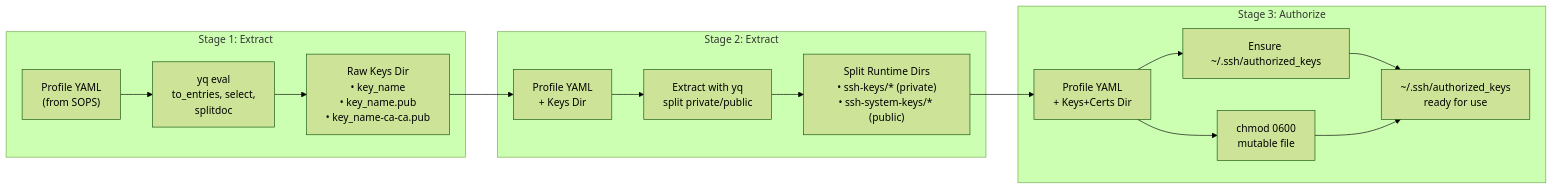
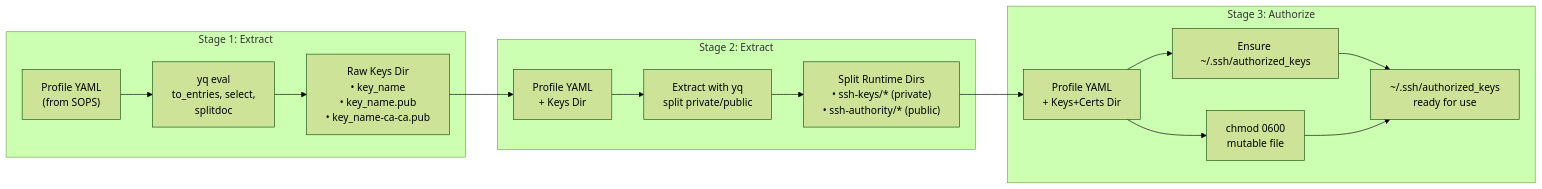
Before and after one commit to seedmatic/ndh: the second of 7 diagrams in docs/ssh-keys-diagrams.adoc, drawn with Mermaid (forest theme). The commit also changed other lines of this file and 38 other files, not shown here.

```diff
--- a/docs/ssh-keys-diagrams.adoc
+++ b/docs/ssh-keys-diagrams.adoc
@@ -65,29 +65,29 @@
 [mermaid]
 ----
 graph LR
     subgraph "Stage 1: Extract"
         input1["Profile YAML<br/>(from SOPS)"]
         yq1["yq eval<br/>to_entries, select,<br/>splitdoc"]
         output1["Raw Keys Dir<br/>• key_name<br/>• key_name.pub<br/>• key_name-ca-ca.pub"]
     end
     
     subgraph "Stage 2: Extract"
         input2["Profile YAML<br/>+ Keys Dir"]
         sign["Extract with yq<br/>split private/public"]
-        output2["Split Runtime Dirs<br/>• ssh-keys/* (private)<br/>• ssh-system-keys/* (public)"]
+        output2["Split Runtime Dirs<br/>• ssh-keys/* (private)<br/>• ssh-authority/* (public)"]
     end
     
     subgraph "Stage 3: Authorize"
         input3["Profile YAML<br/>+ Keys+Certs Dir"]
         manifest["Ensure ~/.ssh/authorized_keys"]
         rsync["chmod 0600<br/>mutable file"]
         output3["~/.ssh/authorized_keys<br/>ready for use"]
     end
     
     input1 --> yq1 --> output1
     output1 --> input2
     input2 --> sign --> output2
     output2 --> input3
     input3 --> manifest & rsync
     manifest & rsync --> output3
 ----
```
